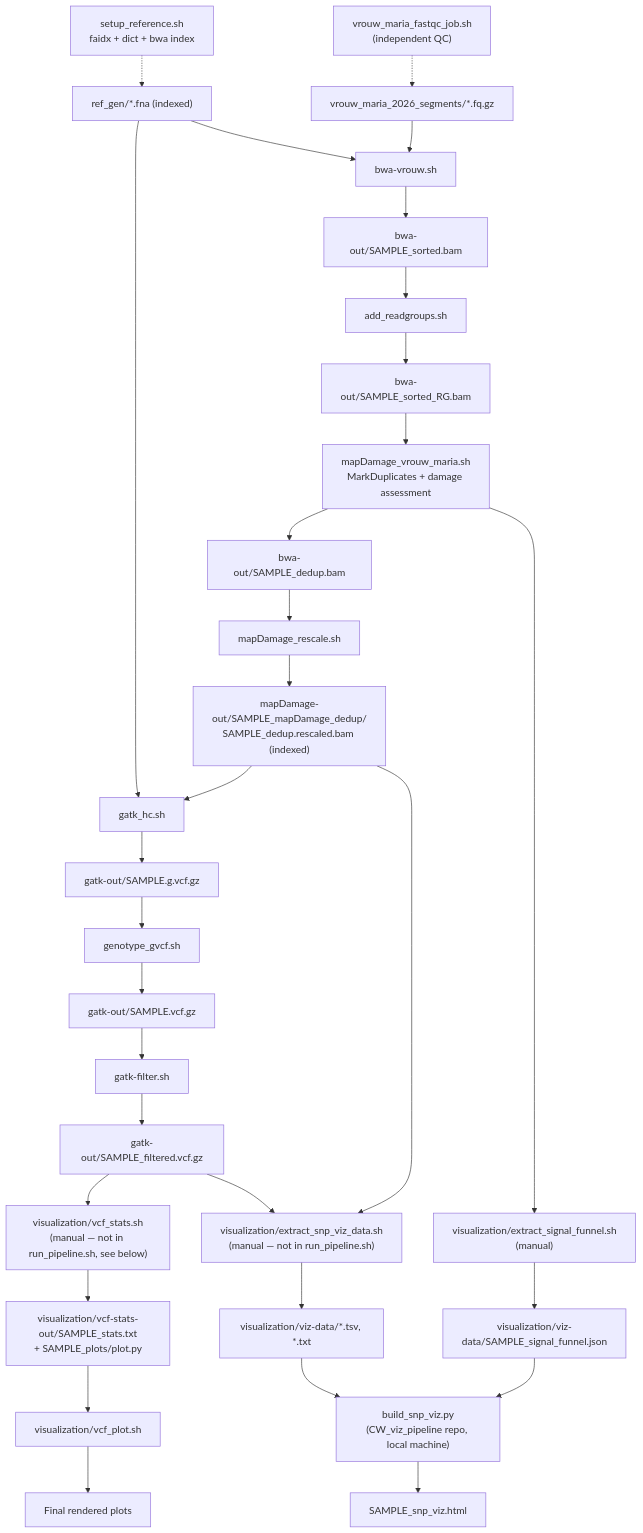
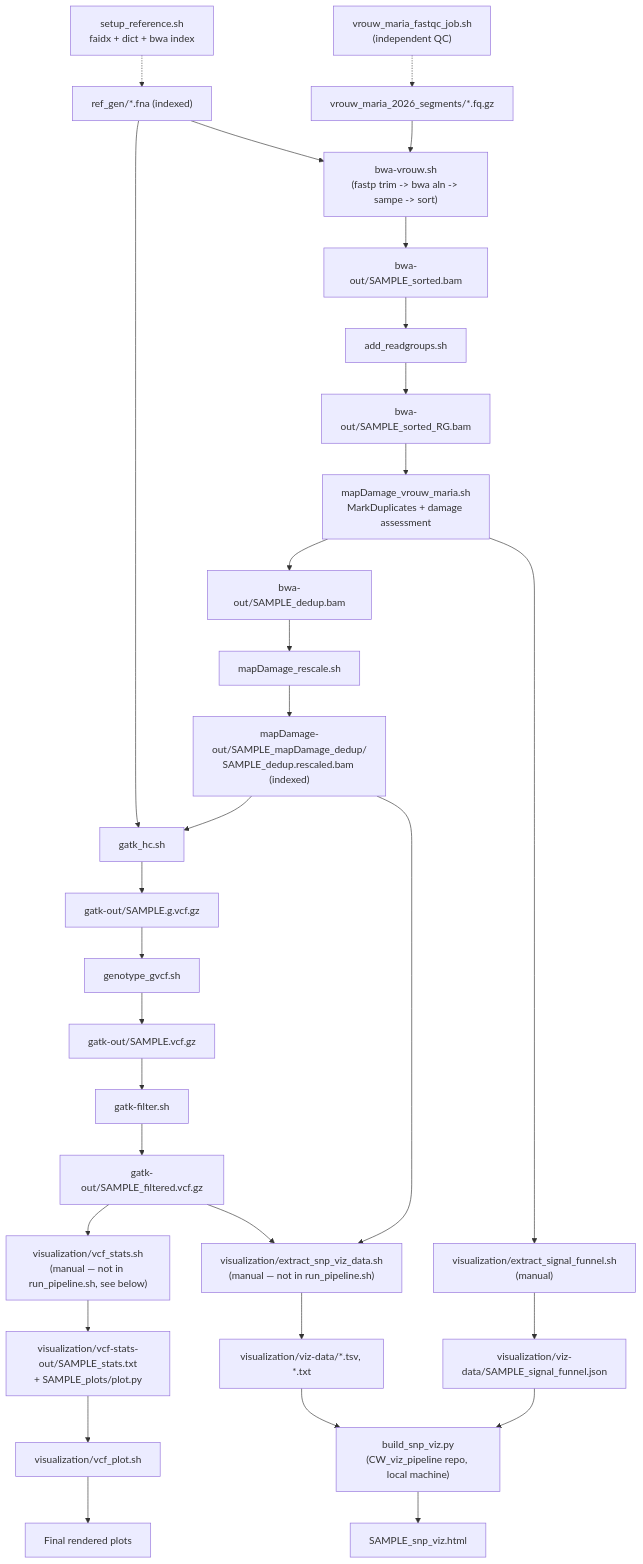
One commit to waahtoeerp/the_coffee_wrecks changed the diagram in PIPELINE.md. Above: the diagram before and after it, drawn with Mermaid. The commit also changed other lines of this file and 4 other files, not shown here.

````diff
--- a/PIPELINE.md
+++ b/PIPELINE.md
@@ -5,33 +5,33 @@
 ```mermaid
 flowchart TD
     S["setup_reference.sh\nfaidx + dict + bwa index"] -.-> REF["ref_gen/*.fna (indexed)"]
     Z["vrouw_maria_fastqc_job.sh\n(independent QC)"] -.-> RAW["vrouw_maria_2026_segments/*.fq.gz"]
-    REF --> A["bwa-vrouw.sh"]
+    REF --> A["bwa-vrouw.sh\n(fastp trim -> bwa aln -> sampe -> sort)"]
     RAW --> A
     A --> B["bwa-out/SAMPLE_sorted.bam"]
     B --> G["add_readgroups.sh"]
     G --> H["bwa-out/SAMPLE_sorted_RG.bam"]
     H --> C["mapDamage_vrouw_maria.sh\nMarkDuplicates + damage assessment"]
     C --> D["bwa-out/SAMPLE_dedup.bam"]
     D --> E["mapDamage_rescale.sh"]
     E --> F["mapDamage-out/SAMPLE_mapDamage_dedup/\nSAMPLE_dedup.rescaled.bam (indexed)"]
     REF --> I
     F --> I["gatk_hc.sh"]
     I --> J["gatk-out/SAMPLE.g.vcf.gz"]
     J --> K["genotype_gvcf.sh"]
     K --> L["gatk-out/SAMPLE.vcf.gz"]
     L --> M["gatk-filter.sh"]
     M --> N["gatk-out/SAMPLE_filtered.vcf.gz"]
     N --> O["visualization/vcf_stats.sh\n(manual — not in run_pipeline.sh, see below)"]
     O --> P["visualization/vcf-stats-out/SAMPLE_stats.txt\n+ SAMPLE_plots/plot.py"]
     P --> Q["visualization/vcf_plot.sh"]
     Q --> R["Final rendered plots"]
     N --> X["visualization/extract_snp_viz_data.sh\n(manual — not in run_pipeline.sh)"]
     F --> X
     X --> Y["visualization/viz-data/*.tsv, *.txt"]
     C --> X2["visualization/extract_signal_funnel.sh\n(manual)"]
     X2 --> Y2["visualization/viz-data/SAMPLE_signal_funnel.json"]
     Y --> W["build_snp_viz.py\n(CW_viz_pipeline repo, local machine)"]
     Y2 --> W
     W --> V["SAMPLE_snp_viz.html"]
 ```
````
